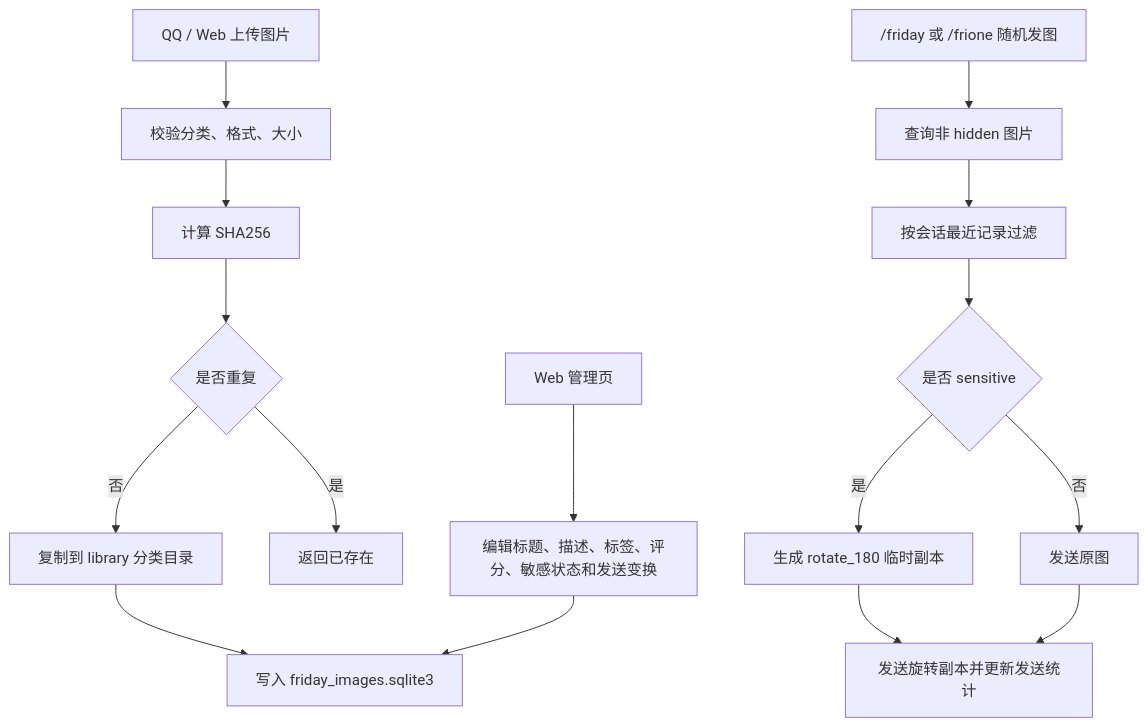
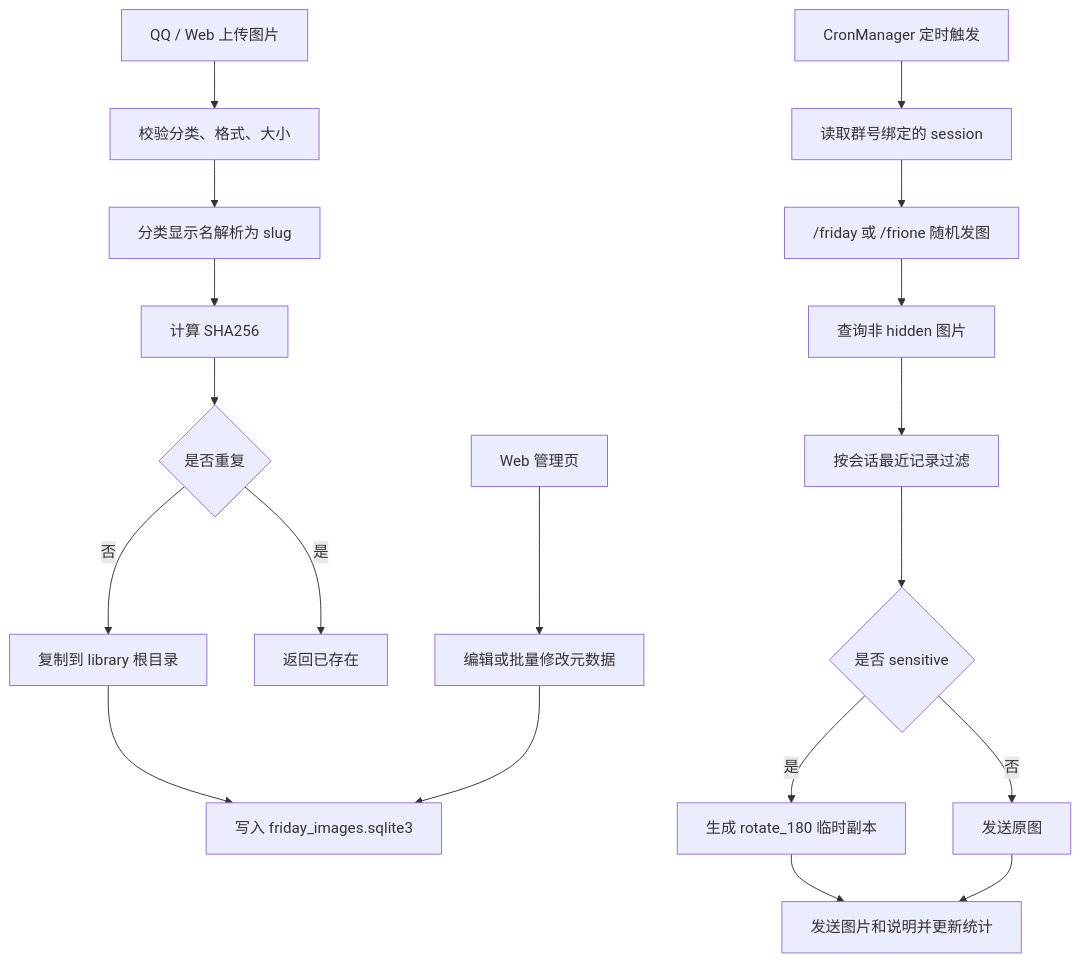
The diagram in README.md (ZheLang1223/astrbot_plugin_friday_image_library), drawn with Mermaid before and after one commit. The commit also changed other lines of this file and 2 other files, not shown here.

````diff
--- a/README.md
+++ b/README.md
@@ -118,18 +136,21 @@
 ```mermaid
 flowchart TD
   A["QQ / Web 上传图片"] --> B["校验分类、格式、大小"]
-  B --> C["计算 SHA256"]
-  C --> D{"是否重复"}
-  D -->|否| E["复制到 library 分类目录"]
-  D -->|是| F["返回已存在"]
-  E --> G["写入 friday_images.sqlite3"]
-  H["/friday 或 /frione 随机发图"] --> I["查询非 hidden 图片"]
-  I --> J["按会话最近记录过滤"]
-  J --> K{"是否 sensitive"}
-  K -->|否| N["发送原图"]
-  K -->|是| O["生成 rotate_180 临时副本"]
-  O --> P["发送旋转副本并更新发送统计"]
-  N --> P
-  L["Web 管理页"] --> M["编辑标题、描述、标签、评分、敏感状态和发送变换"]
-  M --> G
+  B --> C["分类显示名解析为 slug"]
+  C --> D["计算 SHA256"]
+  D --> E{"是否重复"}
+  E -->|否| F["复制到 library 根目录"]
+  E -->|是| G["返回已存在"]
+  F --> H["写入 friday_images.sqlite3"]
+  I["/friday 或 /frione 随机发图"] --> J["查询非 hidden 图片"]
+  J --> K["按会话最近记录过滤"]
+  K --> L{"是否 sensitive"}
+  L -->|否| M["发送原图"]
+  L -->|是| N["生成 rotate_180 临时副本"]
+  N --> O["发送图片和说明并更新统计"]
+  M --> O
+  P["CronManager 定时触发"] --> Q["读取群号绑定的 session"]
+  Q --> I
+  R["Web 管理页"] --> S["编辑或批量修改元数据"]
+  S --> H
 ```
````
